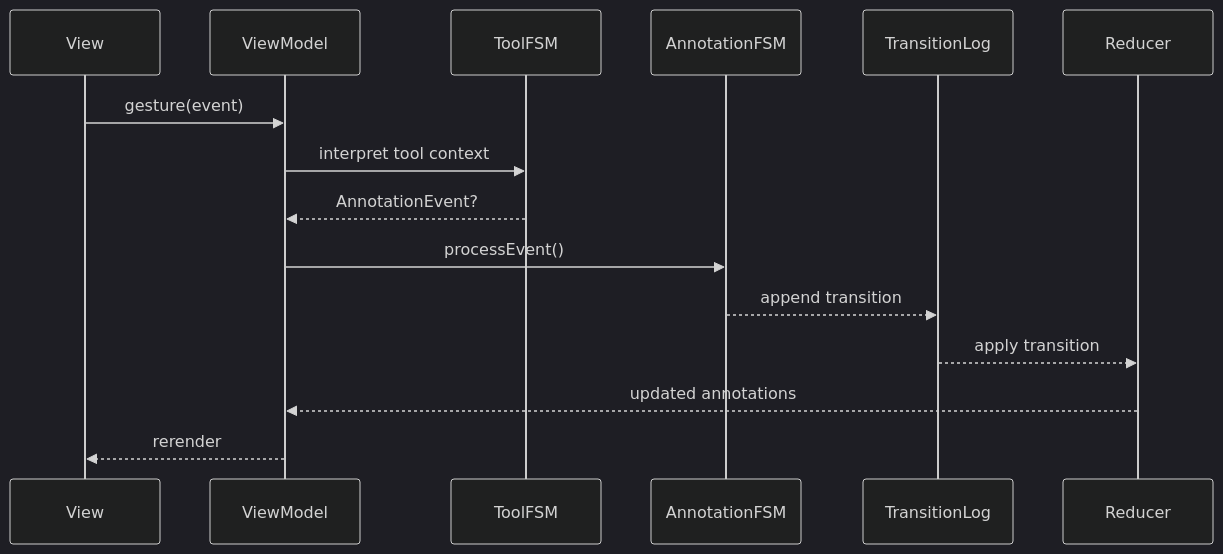
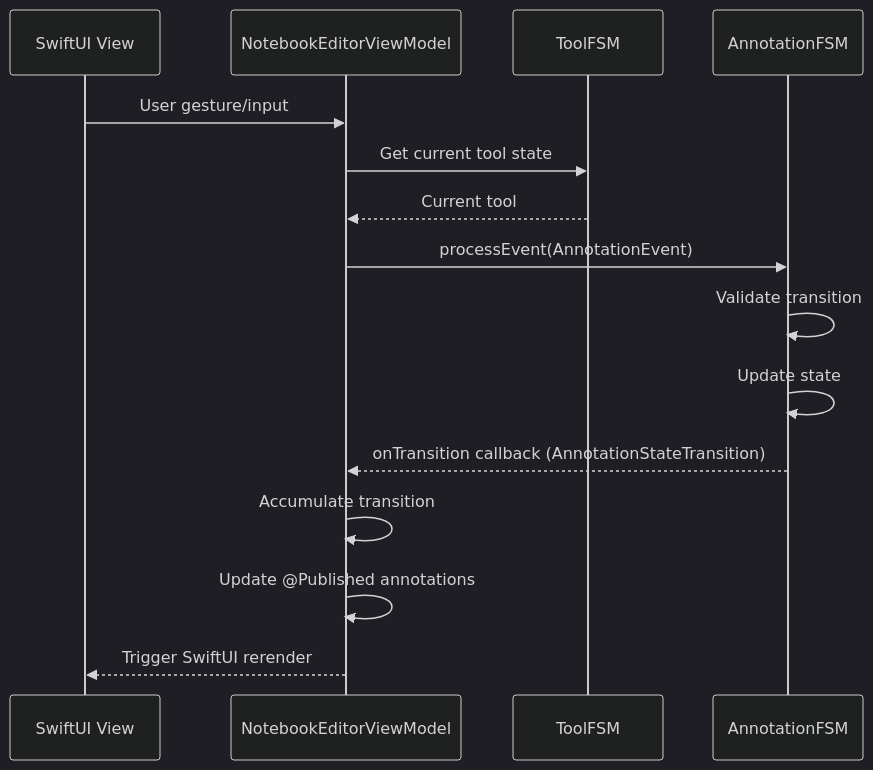
The fourth of 4 diagrams in README.md (Mikedan37/DocumentExampleApp), drawn with Mermaid (dark theme) before and after one commit. The commit also changed other lines of this file, not shown here.

First line of the commit message:
Fix README: remove emojis and correct BlazeBinary layout diagram

````diff
--- a/README.md
+++ b/README.md
@@ -143,33 +156,21 @@
 ```mermaid
 
 sequenceDiagram
 
-    participant View
+    participant View as SwiftUI View
+    participant ViewModel as NotebookEditorViewModel
+    participant ToolFSM as ToolFSM
+    participant AnnotationFSM as AnnotationFSM
 
-    participant ViewModel
-
-    participant ToolFSM
-
-    participant AnnotationFSM
-
-    participant TransitionLog
-
-    participant Reducer
-
-    View->>ViewModel: gesture(event)
-
-    ViewModel->>ToolFSM: interpret tool context
-
-    ToolFSM-->>ViewModel: AnnotationEvent?
-
-    ViewModel->>AnnotationFSM: processEvent()
-
-    AnnotationFSM-->>TransitionLog: append transition
-
-    TransitionLog-->>Reducer: apply transition
-
-    Reducer-->>ViewModel: updated annotations
-
-    ViewModel-->>View: rerender
+    View->>ViewModel: User gesture/input
+    ViewModel->>ToolFSM: Get current tool state
+    ToolFSM-->>ViewModel: Current tool
+    ViewModel->>AnnotationFSM: processEvent(AnnotationEvent)
+    AnnotationFSM->>AnnotationFSM: Validate transition
+    AnnotationFSM->>AnnotationFSM: Update state
+    AnnotationFSM-->>ViewModel: onTransition callback (AnnotationStateTransition)
+    ViewModel->>ViewModel: Accumulate transition
+    ViewModel->>ViewModel: Update @Published annotations
+    ViewModel-->>View: Trigger SwiftUI rerender
 
 ```
````
